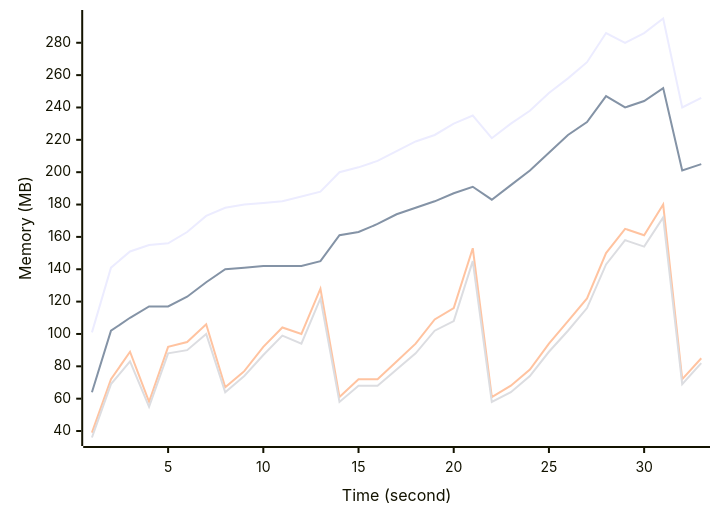
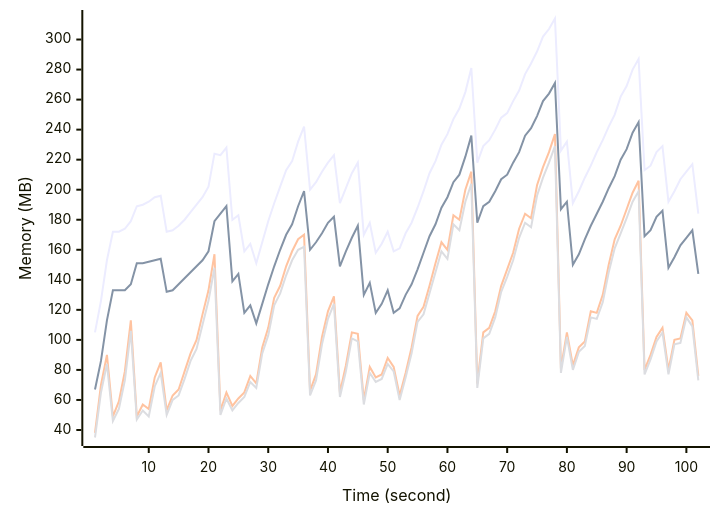
One commit to samchon/nestia-start changed the diagram in docs/benchmarks/AMD Ryzen 9 7940HS w Radeon 780M Graphics.md. Above: the diagram before and after it, drawn with Mermaid. The commit also changed other lines of this file, not shown here.

````diff
--- a/docs/benchmarks/AMD Ryzen 9 7940HS w Radeon 780M Graphics.md
+++ b/docs/benchmarks/AMD Ryzen 9 7940HS w Radeon 780M Graphics.md
@@ -25,9 +25,9 @@
 ```mermaid
 xychart-beta
   x-axis "Time (second)"
   y-axis "Memory (MB)"
-  line [101, 141, 151, 155, 156, 163, 173, 178, 180, 181, 182, 185, 188, 200, 203, 207, 213, 219, 223, 230, 235, 221, 230, 238, 249, 258, 268, 286, 280, 286, 295, 240, 246]
-  line [64, 102, 110, 117, 117, 123, 132, 140, 141, 142, 142, 142, 145, 161, 163, 168, 174, 178, 182, 187, 191, 183, 192, 201, 212, 223, 231, 247, 240, 244, 252, 201, 205]
-  line [39, 72, 89, 58, 92, 95, 106, 67, 77, 92, 104, 100, 128, 61, 72, 72, 83, 94, 109, 116, 153, 61, 68, 78, 94, 108, 122, 150, 165, 161, 180, 72, 85]
-  line [36, 69, 83, 55, 88, 90, 100, 64, 74, 87, 99, 94, 122, 58, 68, 68, 78, 88, 102, 108, 145, 58, 64, 74, 89, 102, 116, 143, 158, 154, 172, 69, 82]
+  line [105, 126, 153, 172, 172, 174, 179, 189, 190, 192, 195, 196, 172, 173, 176, 180, 185, 190, 195, 202, 224, 223, 228, 180, 183, 159, 164, 151, 165, 179, 191, 202, 213, 219, 232, 242, 200, 205, 212, 218, 223, 191, 201, 211, 218, 170, 178, 158, 164, 172, 159, 161, 171, 178, 188, 199, 211, 219, 230, 237, 247, 254, 265, 281, 218, 229, 233, 240, 248, 251, 259, 266, 277, 284, 292, 302, 307, 314, 226, 232, 191, 199, 208, 216, 225, 233, 242, 250, 262, 269, 280, 287, 213, 216, 225, 229, 192, 199, 207, 212, 217, 184]
+  line [67, 86, 113, 133, 133, 133, 137, 151, 151, 152, 153, 154, 132, 133, 137, 141, 145, 149, 153, 159, 179, 184, 189, 139, 144, 118, 123, 111, 124, 137, 149, 160, 170, 177, 189, 199, 160, 165, 171, 178, 182, 149, 159, 168, 176, 130, 138, 118, 124, 133, 118, 121, 130, 137, 147, 158, 169, 177, 188, 195, 205, 210, 222, 236, 178, 189, 192, 199, 207, 210, 218, 225, 236, 241, 249, 259, 264, 271, 187, 192, 150, 157, 167, 176, 184, 192, 201, 209, 220, 227, 238, 245, 169, 173, 182, 186, 148, 155, 163, 168, 173, 144]
+  line [38, 70, 90, 49, 59, 79, 113, 49, 57, 54, 75, 85, 53, 63, 67, 79, 91, 100, 117, 133, 157, 53, 65, 56, 61, 65, 76, 71, 95, 108, 128, 136, 149, 159, 167, 170, 66, 77, 102, 119, 129, 65, 83, 105, 104, 60, 82, 75, 77, 88, 82, 63, 78, 95, 116, 122, 136, 151, 165, 160, 183, 180, 200, 212, 71, 105, 108, 119, 136, 147, 158, 174, 184, 181, 203, 215, 225, 237, 81, 105, 83, 95, 99, 119, 118, 130, 150, 167, 176, 187, 198, 206, 80, 90, 102, 108, 80, 100, 101, 118, 113, 76]
+  line [35, 65, 84, 46, 54, 73, 106, 47, 53, 49, 69, 78, 50, 60, 63, 74, 86, 94, 110, 126, 148, 50, 61, 53, 58, 62, 72, 68, 91, 103, 123, 131, 143, 153, 160, 162, 63, 73, 97, 114, 124, 62, 79, 101, 99, 57, 78, 72, 74, 84, 79, 60, 75, 91, 112, 117, 131, 145, 159, 154, 177, 173, 192, 204, 68, 101, 104, 115, 132, 142, 153, 168, 178, 175, 196, 208, 218, 229, 78, 102, 80, 92, 96, 115, 114, 125, 145, 161, 171, 181, 192, 199, 77, 87, 99, 105, 77, 97, 98, 115, 109, 73]
 ```
````
